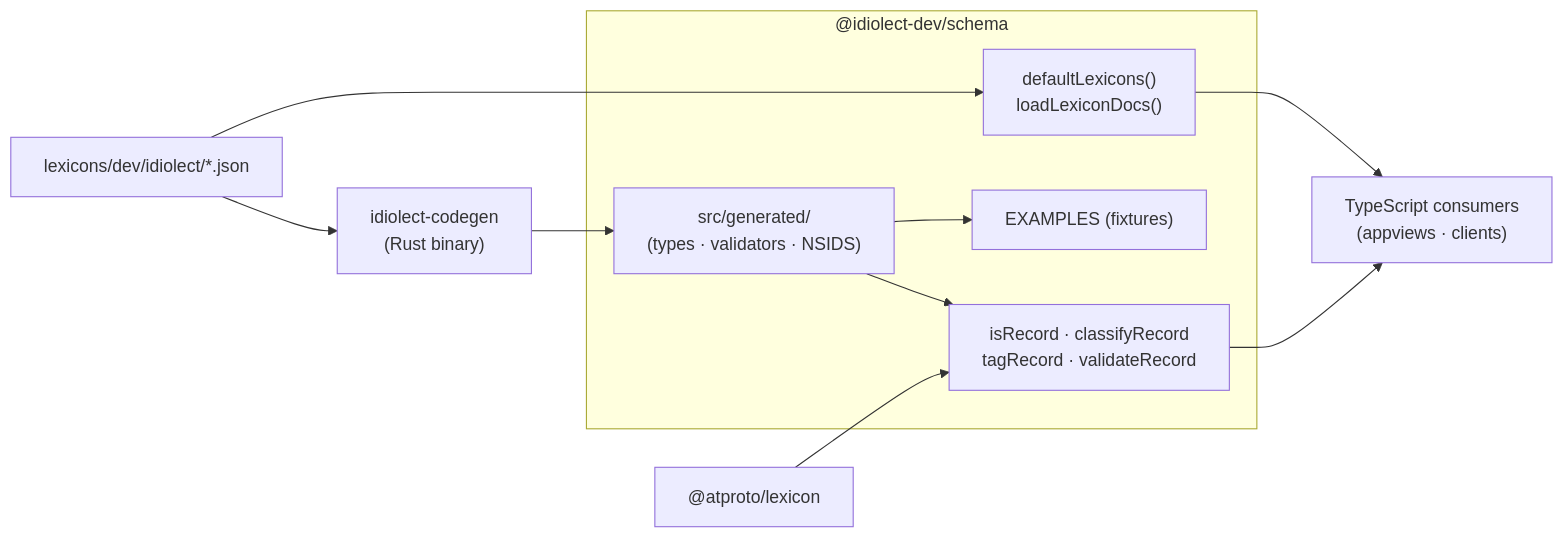
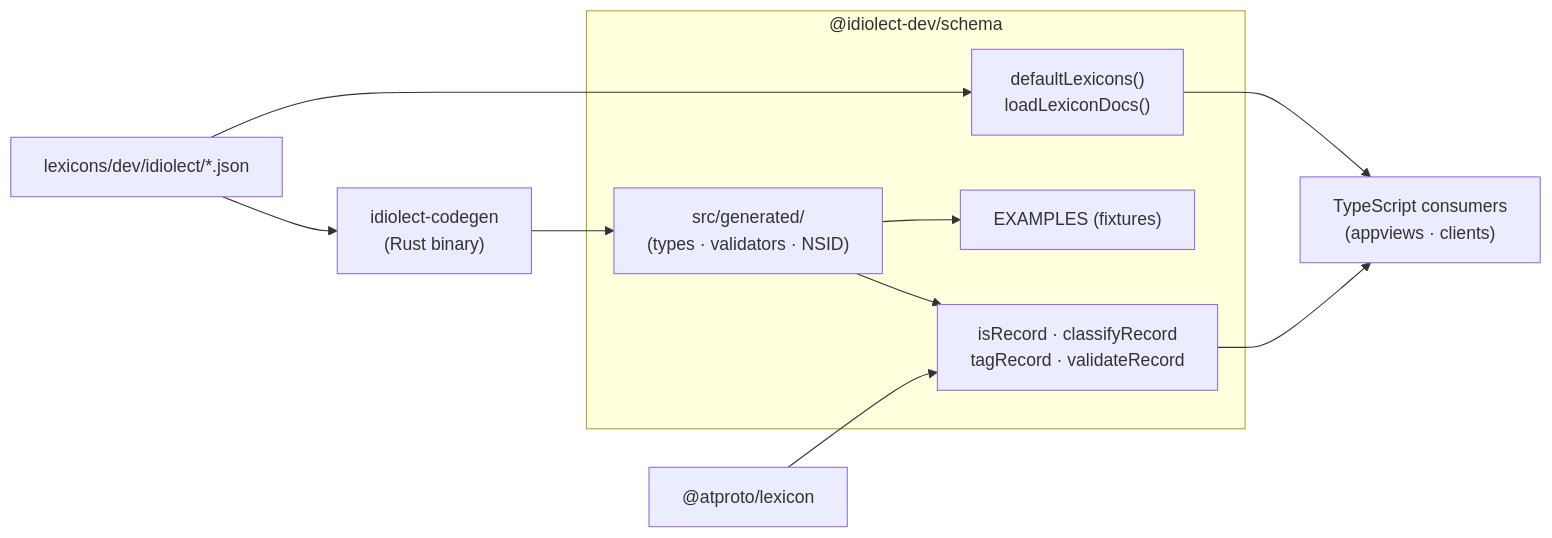
The diagram in packages/schema/README.md (idiolect-dev/idiolect), drawn with Mermaid before and after one commit. The commit also changed other lines of this file and 7 other files, not shown here.

````diff
--- a/packages/schema/README.md
+++ b/packages/schema/README.md
@@ -21,23 +21,23 @@
 ```mermaid
 flowchart LR
     LEX["lexicons/dev/idiolect/*.json"]
     CG["idiolect-codegen<br/>(Rust binary)"]
 
     subgraph pkg["@idiolect-dev/schema"]
-        GEN["src/generated/<br/>(types · validators · NSIDS)"]
+        GEN["src/generated/<br/>(types · validators · NSID)"]
         API["isRecord · classifyRecord<br/>tagRecord · validateRecord"]
         FIX["EXAMPLES (fixtures)"]
         LEXDOCS["defaultLexicons()<br/>loadLexiconDocs()"]
     end
 
     ATLEX["@atproto/lexicon"]
     CONS["TypeScript consumers<br/>(appviews · clients)"]
 
     LEX --> CG --> GEN
     GEN --> API
     GEN --> FIX
     LEX --> LEXDOCS
     ATLEX --> API
     API --> CONS
     LEXDOCS --> CONS
 ```
````
